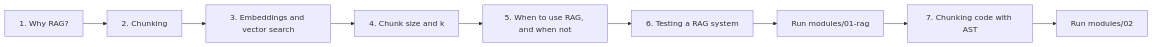
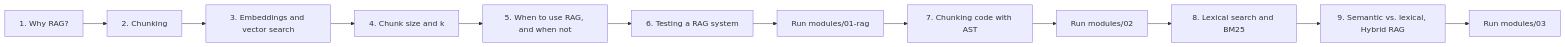
The diagram in docs/concepts/01-rag/README.md (prudhivi99/Agentic-System-Design), drawn with Mermaid before and after one commit. The commit also changed other lines of this file and 14 other files, not shown here.

Commit message:
Add lexical search, BM25 and Hybrid RAG pages with diagrams

````diff
--- a/docs/concepts/01-rag/README.md
+++ b/docs/concepts/01-rag/README.md
@@ -7,11 +7,14 @@
 ```mermaid
 flowchart LR
     A["1. Why RAG?"] --> B["2. Chunking"]
     B --> C["3. Embeddings and vector search"]
     C --> D["4. Chunk size and k"]
     D --> E["5. When to use RAG, and when not"]
     E --> F["6. Testing a RAG system"]
     F --> G["Run modules/01-rag"]
     G --> H["7. Chunking code with AST"]
     H --> I["Run modules/02"]
+    I --> J["8. Lexical search and BM25"]
+    J --> K["9. Semantic vs. lexical, Hybrid RAG"]
+    K --> L["Run modules/03"]
 ```
````
